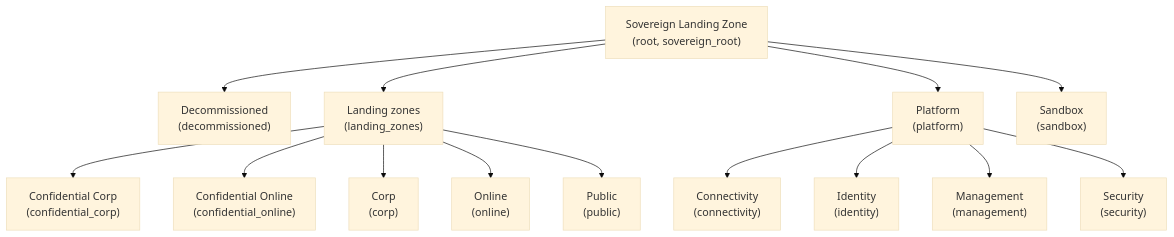
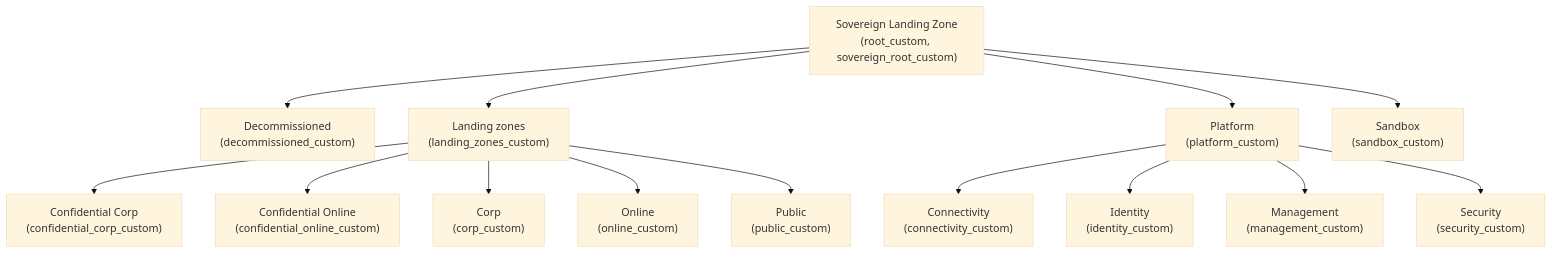
The diagram in content/slz/examples/slz_override.md (azurecitadel/azurecitadel), drawn with Mermaid (base theme) before and after one commit. The commit also changed other lines of this file and 10 other files, not shown here.

```diff
--- a/content/slz/examples/slz_override.md
+++ b/content/slz/examples/slz_override.md
@@ -39,44 +38,44 @@
 {{< mermaid >}}
 flowchart TD
   slz["Sovereign Landing Zone
-(root, sovereign_root)"]
+(root_custom, sovereign_root_custom)"]
   slz --> decommissioned
   decommissioned["Decommissioned
-(decommissioned)"]
+(decommissioned_custom)"]
   slz --> landingzones
   landingzones["Landing zones
-(landing_zones)"]
+(landing_zones_custom)"]
   landingzones --> confidential_corp
   confidential_corp["Confidential Corp
-(confidential_corp)"]
+(confidential_corp_custom)"]
   landingzones --> confidential_online
   confidential_online["Confidential Online
-(confidential_online)"]
+(confidential_online_custom)"]
   landingzones --> corp
   corp["Corp
-(corp)"]
+(corp_custom)"]
   landingzones --> online
   online["Online
-(online)"]
+(online_custom)"]
   landingzones --> public
   public["Public
-(public)"]
+(public_custom)"]
   slz --> platform
   platform["Platform
-(platform)"]
+(platform_custom)"]
   platform --> connectivity
   connectivity["Connectivity
-(connectivity)"]
+(connectivity_custom)"]
   platform --> identity
   identity["Identity
-(identity)"]
+(identity_custom)"]
   platform --> management
   management["Management
-(management)"]
+(management_custom)"]
   platform --> security
   security["Security
-(security)"]
+(security_custom)"]
   slz --> sandbox
   sandbox["Sandbox
-(sandbox)"]
+(sandbox_custom)"]
 {{< /mermaid >}}
```
